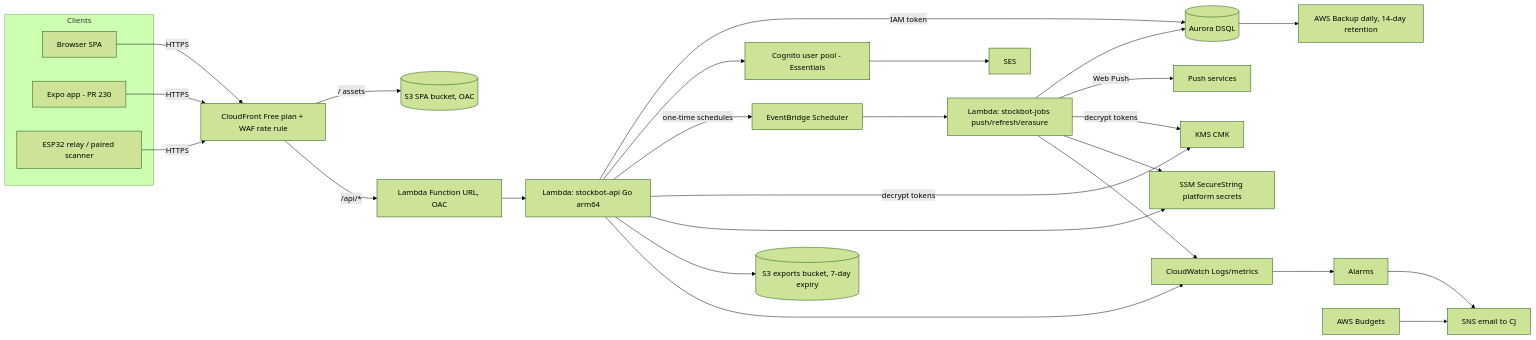
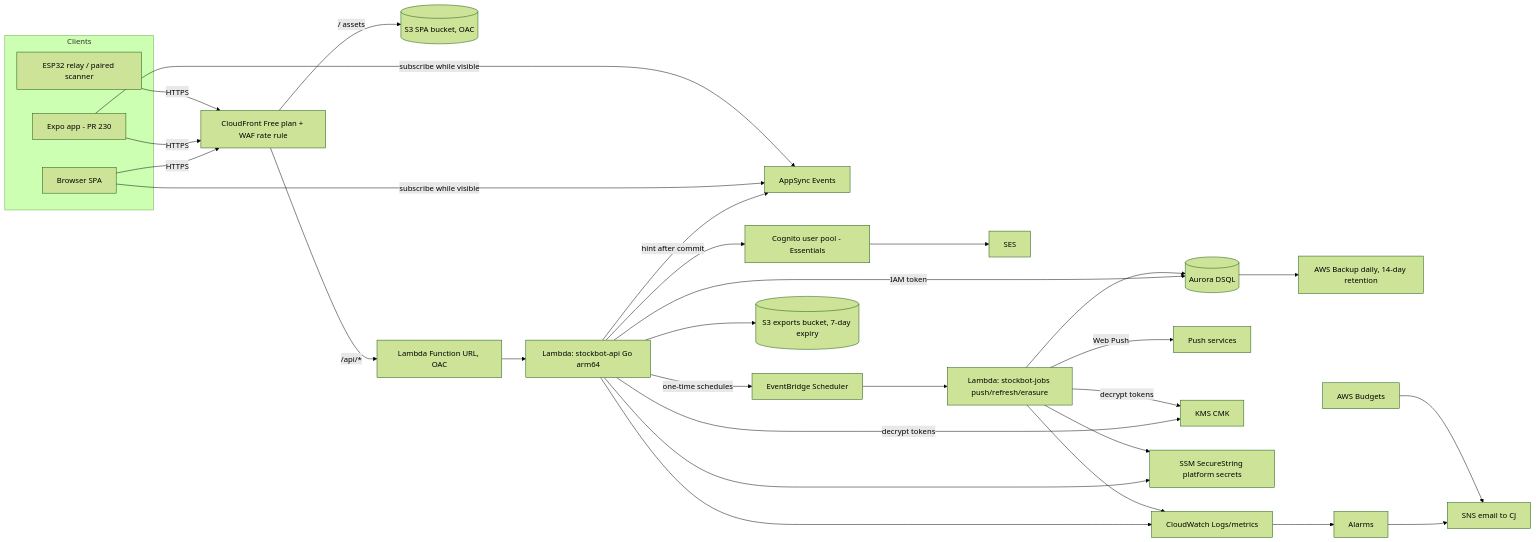
One commit to Rhionin/stockbot changed the diagram in docs/design/multi-tenant-saas.md. Above: the diagram before and after it, drawn with Mermaid (forest theme). The commit also changed other lines of this file, not shown here.

Commit message:
design: record CJ decision (Aurora DSQL + AppSync Events push)

````diff
--- a/docs/design/multi-tenant-saas.md
+++ b/docs/design/multi-tenant-saas.md
@@ -76,25 +87,27 @@
 ```mermaid
 flowchart LR
   subgraph Clients
     W[Browser SPA]
     M[Expo app - PR 230]
     R[ESP32 relay / paired scanner]
   end
   W & M & R -->|HTTPS| CF[CloudFront Free plan + WAF rate rule]
   CF -->|/ assets| S3[(S3 SPA bucket, OAC)]
   CF -->|/api/*| FURL[Lambda Function URL, OAC]
   FURL --> API[Lambda: stockbot-api Go arm64]
   API -->|IAM token| DSQL[(Aurora DSQL)]
+  API -->|hint after commit| AE[AppSync Events]
+  W & M -->|subscribe while visible| AE
   API --> COG[Cognito user pool - Essentials]
   COG --> SES[SES]
   API -->|one-time schedules| SCH[EventBridge Scheduler]
   SCH --> JOB[Lambda: stockbot-jobs push/refresh/erasure]
   JOB --> DSQL
   JOB -->|Web Push| PUSH[Push services]
   API & JOB -->|decrypt tokens| KMS[KMS CMK]
   API & JOB --> SSM[SSM SecureString platform secrets]
   API --> EXP[(S3 exports bucket, 7-day expiry)]
   DSQL --> BK[AWS Backup daily, 14-day retention]
   API & JOB --> CW[CloudWatch Logs/metrics] --> AL[Alarms] --> SNS[SNS email to CJ]
   BUD[AWS Budgets] --> SNS
 ```
````
